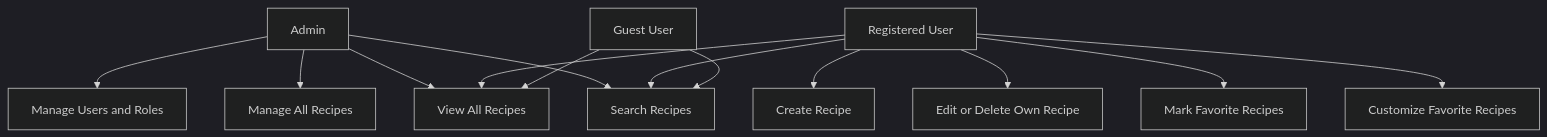
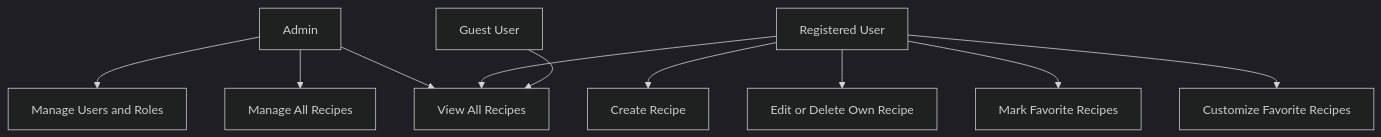
Before and after one commit to cia-GKMIT/Functional-Document-FoodRecipeWebApp: the second of 2 diagrams in docs/functional_doc.md, drawn with Mermaid (dark theme). The commit also changed other lines of this file and 10 other files, not shown here.

Commit message:
Updated Use-case Diagram in  documentation

````diff
--- a/docs/functional_doc.md
+++ b/docs/functional_doc.md
@@ -189,37 +188,37 @@
 ```mermaid
 
 flowchart TB
     %% Define Roles
     A[Admin]
     B[Registered User]
     C[Guest User]
 
     %% Define Permissions
     P1[Manage Users and Roles]
     P2[Manage All Recipes]
     P3[Create Recipe]
     P4[Edit or Delete Own Recipe]
     P5[Mark Favorite Recipes]
     P6[Customize Favorite Recipes]
     P7[View All Recipes]
-    P8[Search Recipes]
+    
 
     %% Admin Permissions
     A --> P1
     A --> P2
     A --> P7
-    A --> P8
+    
 
     %% Registered User Permissions
     B --> P3
     B --> P4
     B --> P5
     B --> P6
     B --> P7
-    B --> P8
+    
 
     %% Guest User Permissions
     C --> P7
-    C --> P8
+    
 
 ```
````
